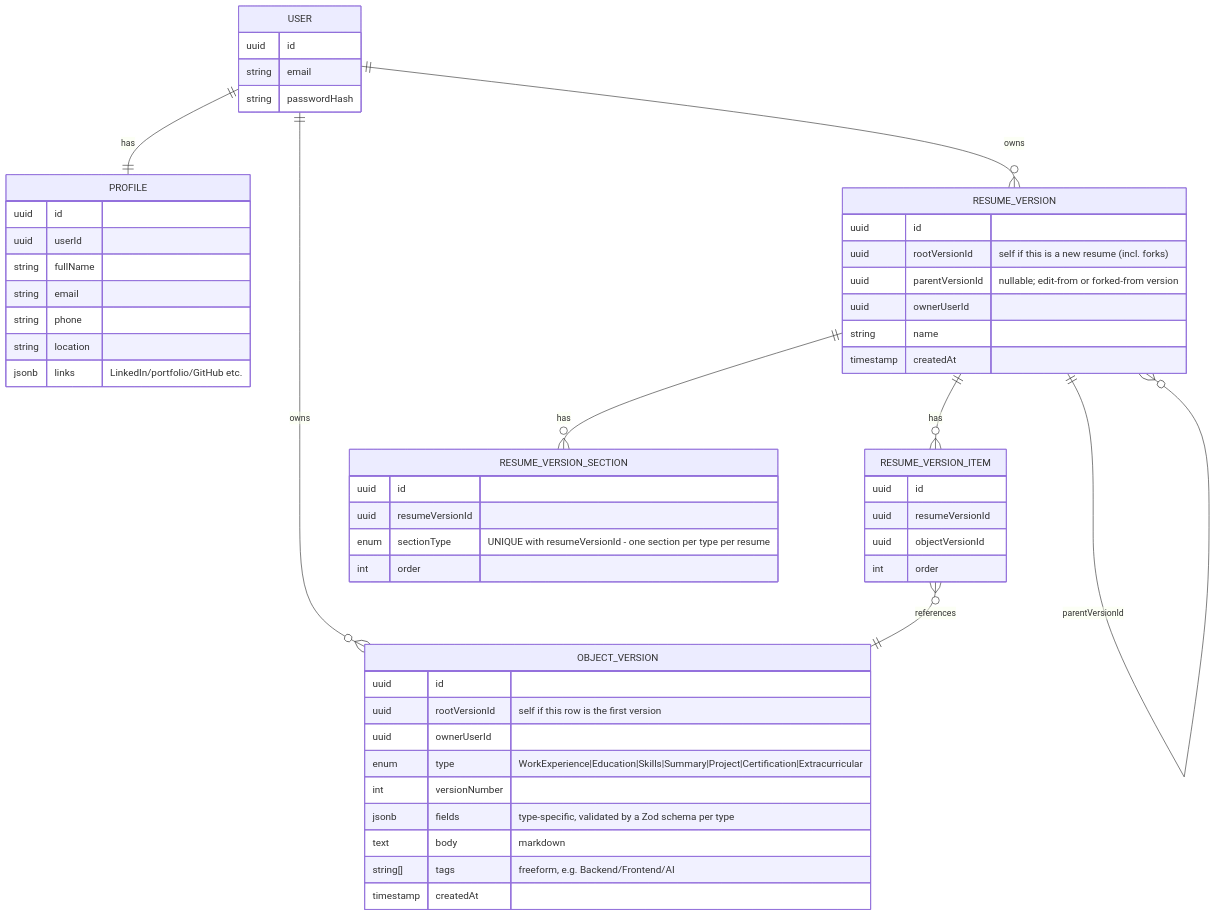
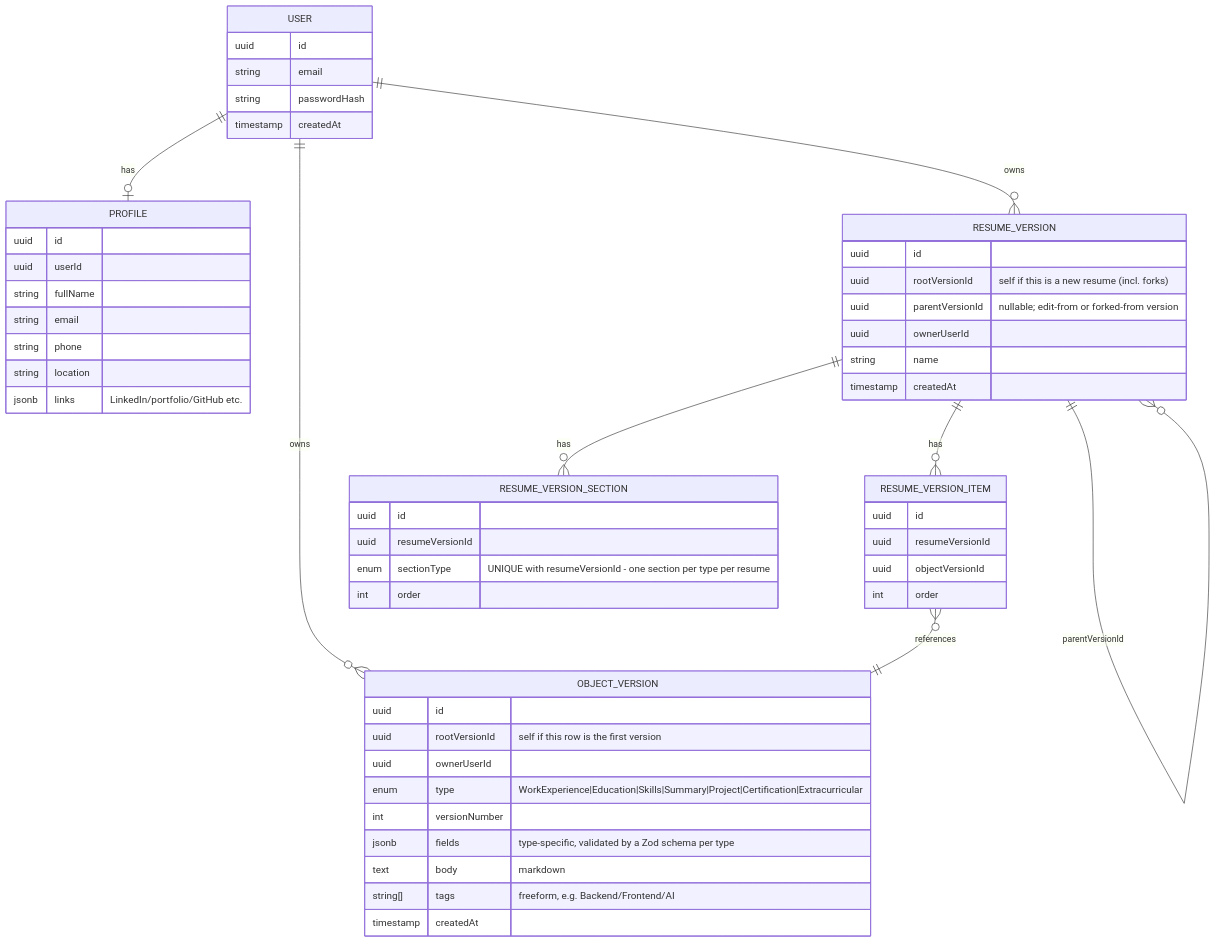
One commit to NiceKim/career-profile changed the second of 5 diagrams in docs/superpowers/specs/2026-08-16-resume-version-control-design.md. Above: the diagram before and after it, drawn with Mermaid.

Commit message:
docs: fix ER diagram gaps — USER.createdAt missing, PROFILE cardinality
USER was missing createdAt (present in schema). USER--PROFILE was
marked mandatory-both-sides (||--||) but Profile is optional on the
User side (profile created via upsert, not at signup) — now o|--||.

````diff
--- a/docs/superpowers/specs/2026-08-16-resume-version-control-design.md
+++ b/docs/superpowers/specs/2026-08-16-resume-version-control-design.md
@@ -48,56 +48,57 @@
 ```mermaid
 erDiagram
-    USER ||--|| PROFILE : has
+    USER ||--o| PROFILE : has
     USER ||--o{ OBJECT_VERSION : owns
     USER ||--o{ RESUME_VERSION : owns
     RESUME_VERSION ||--o{ RESUME_VERSION_SECTION : has
     RESUME_VERSION ||--o{ RESUME_VERSION_ITEM : has
     RESUME_VERSION_ITEM }o--|| OBJECT_VERSION : references
     RESUME_VERSION ||--o{ RESUME_VERSION : parentVersionId
 
     USER {
         uuid id
         string email
         string passwordHash
+        timestamp createdAt
     }
     PROFILE {
         uuid id
         uuid userId
         string fullName
         string email
         string phone
         string location
         jsonb links "LinkedIn/portfolio/GitHub etc."
     }
     OBJECT_VERSION {
         uuid id
         uuid rootVersionId "self if this row is the first version"
         uuid ownerUserId
         enum type "WorkExperience|Education|Skills|Summary|Project|Certification|Extracurricular"
         int versionNumber
         jsonb fields "type-specific, validated by a Zod schema per type"
         text body "markdown"
         string[] tags "freeform, e.g. Backend/Frontend/AI"
         timestamp createdAt
     }
     RESUME_VERSION {
         uuid id
         uuid rootVersionId "self if this is a new resume (incl. forks)"
         uuid parentVersionId "nullable; edit-from or forked-from version"
         uuid ownerUserId
         string name
         timestamp createdAt
     }
     RESUME_VERSION_SECTION {
         uuid id
         uuid resumeVersionId
         enum sectionType "UNIQUE with resumeVersionId - one section per type per resume"
         int order
     }
     RESUME_VERSION_ITEM {
         uuid id
         uuid resumeVersionId
         uuid objectVersionId
         int order
     }
 ```
````
